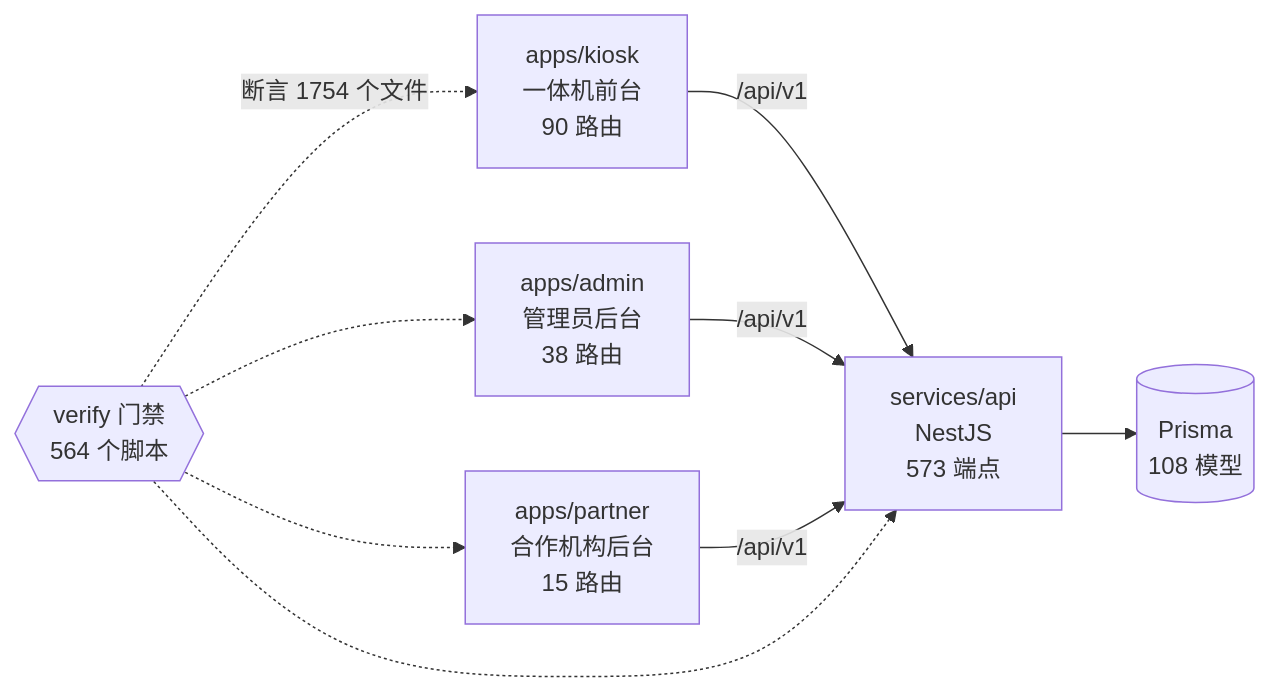
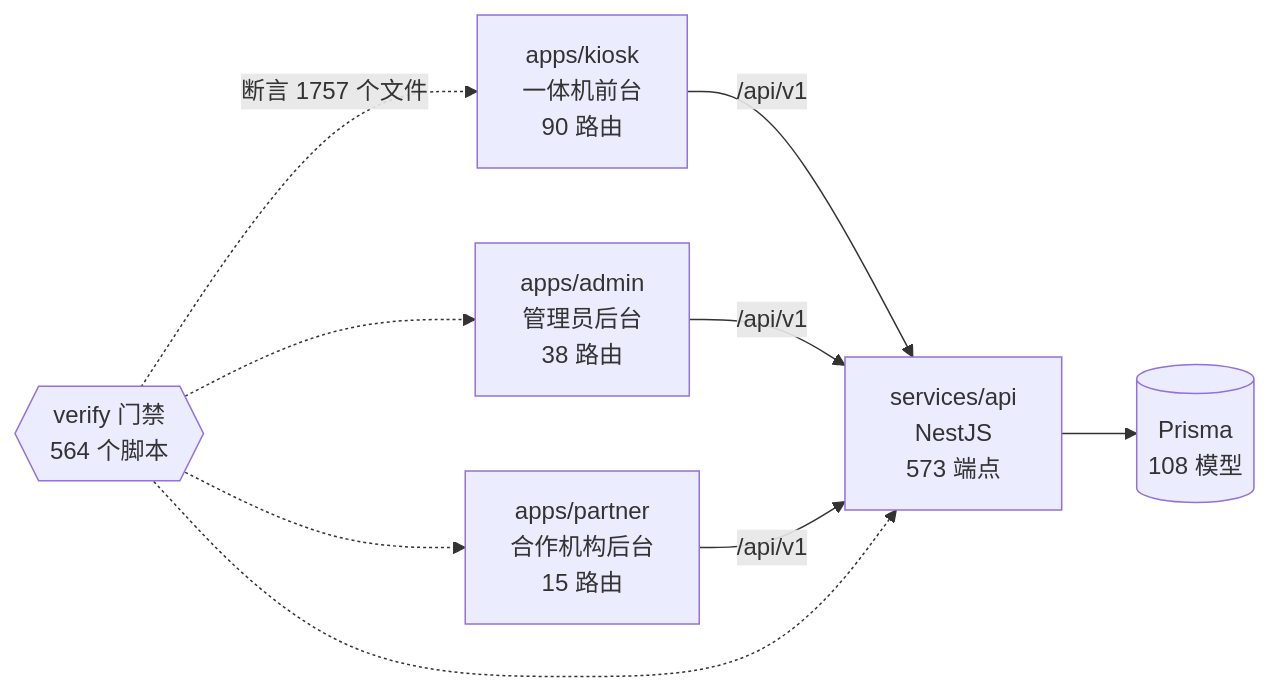
One commit to wanglei581/YITIJI changed the diagram in docs/graph/README.md. Above: the diagram before and after it, drawn with Mermaid. The commit also changed other lines of this file and 37 other files, not shown here.

````diff
--- a/docs/graph/README.md
+++ b/docs/graph/README.md
@@ -68,18 +68,18 @@
 ```mermaid
 flowchart LR
   kiosk["apps/kiosk<br/>一体机前台<br/>90 路由"]
   admin["apps/admin<br/>管理员后台<br/>38 路由"]
   partner["apps/partner<br/>合作机构后台<br/>15 路由"]
   api["services/api<br/>NestJS<br/>573 端点"]
   db[("Prisma<br/>108 模型")]
   gates{{"verify 门禁<br/>564 个脚本"}}
 
   kiosk -->|"/api/v1"| api
   admin -->|"/api/v1"| api
   partner -->|"/api/v1"| api
   api --> db
-  gates -.->|"断言 1754 个文件"| kiosk
+  gates -.->|"断言 1757 个文件"| kiosk
   gates -.-> admin
   gates -.-> partner
   gates -.-> api
 ```
````
